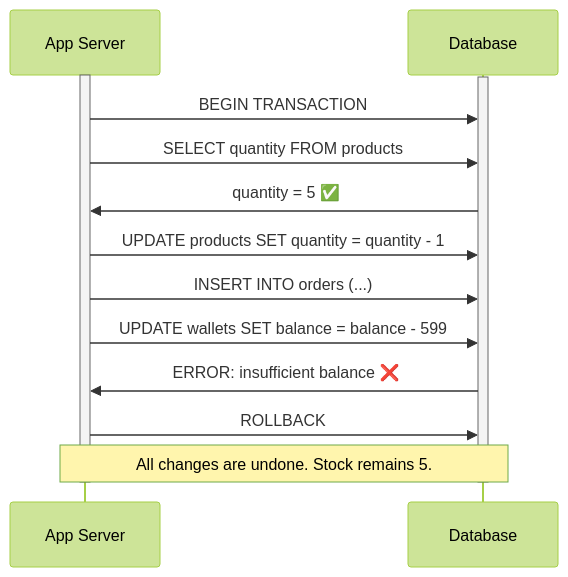
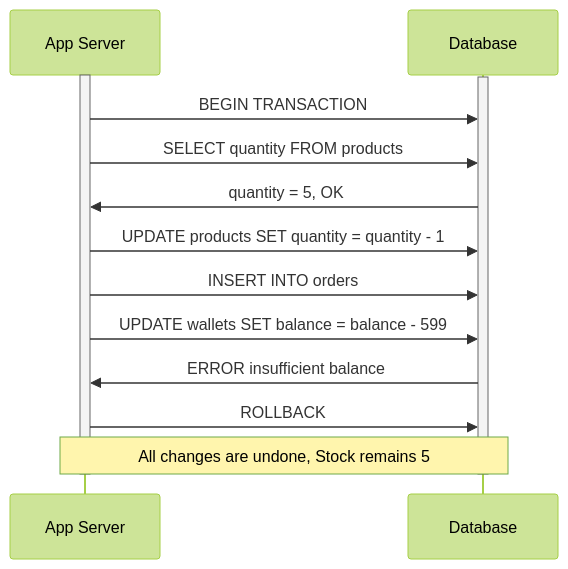
One commit to Patel-Neel-346/Notes changed the first of 3 diagrams in Database/ACID/Transaction.md. Above: the diagram before and after it, drawn with Mermaid (forest theme). The commit also changed other lines of this file and 1 other file, not shown here.

````diff
--- a/Database/ACID/Transaction.md
+++ b/Database/ACID/Transaction.md
@@ -38,19 +38,19 @@
 ```mermaid
 sequenceDiagram
 participant app as App Server
 participant db as Database
 
 activate app
 activate db
 app->>db: BEGIN TRANSACTION
 app->>db: SELECT quantity FROM products
-db->>app: quantity = 5 ✅
+db->>app: quantity = 5, OK
 app->>db: UPDATE products SET quantity = quantity - 1
-app->>db: INSERT INTO orders (...)
+app->>db: INSERT INTO orders
 app->>db: UPDATE wallets SET balance = balance - 599
-db->>app: ERROR: insufficient balance ❌
+db->>app: ERROR insufficient balance
 app->>db: ROLLBACK
-Note over app,db: All changes are undone. Stock remains 5.
+Note over app,db: All changes are undone, Stock remains 5
 deactivate app
 deactivate db
 ```
````
